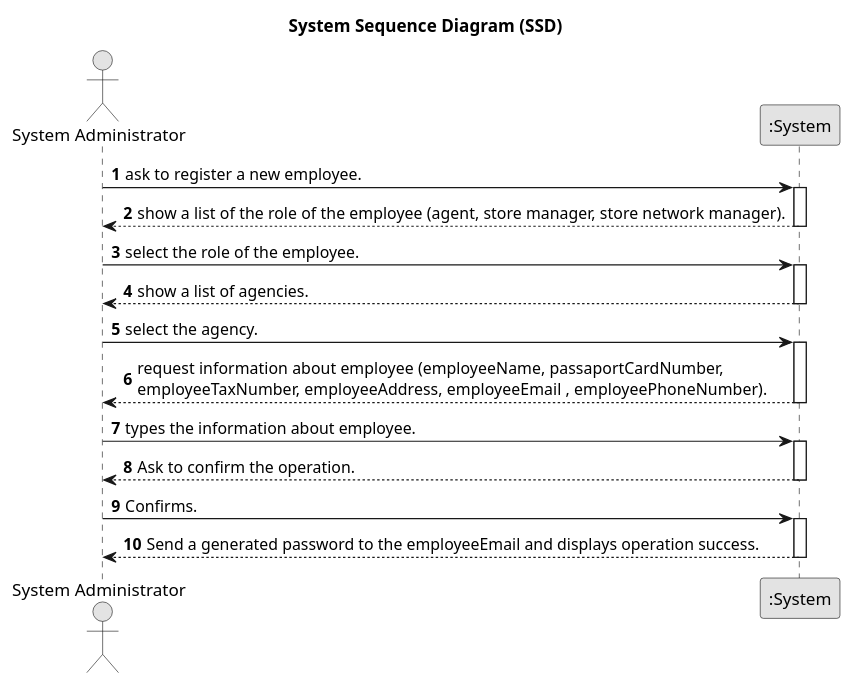
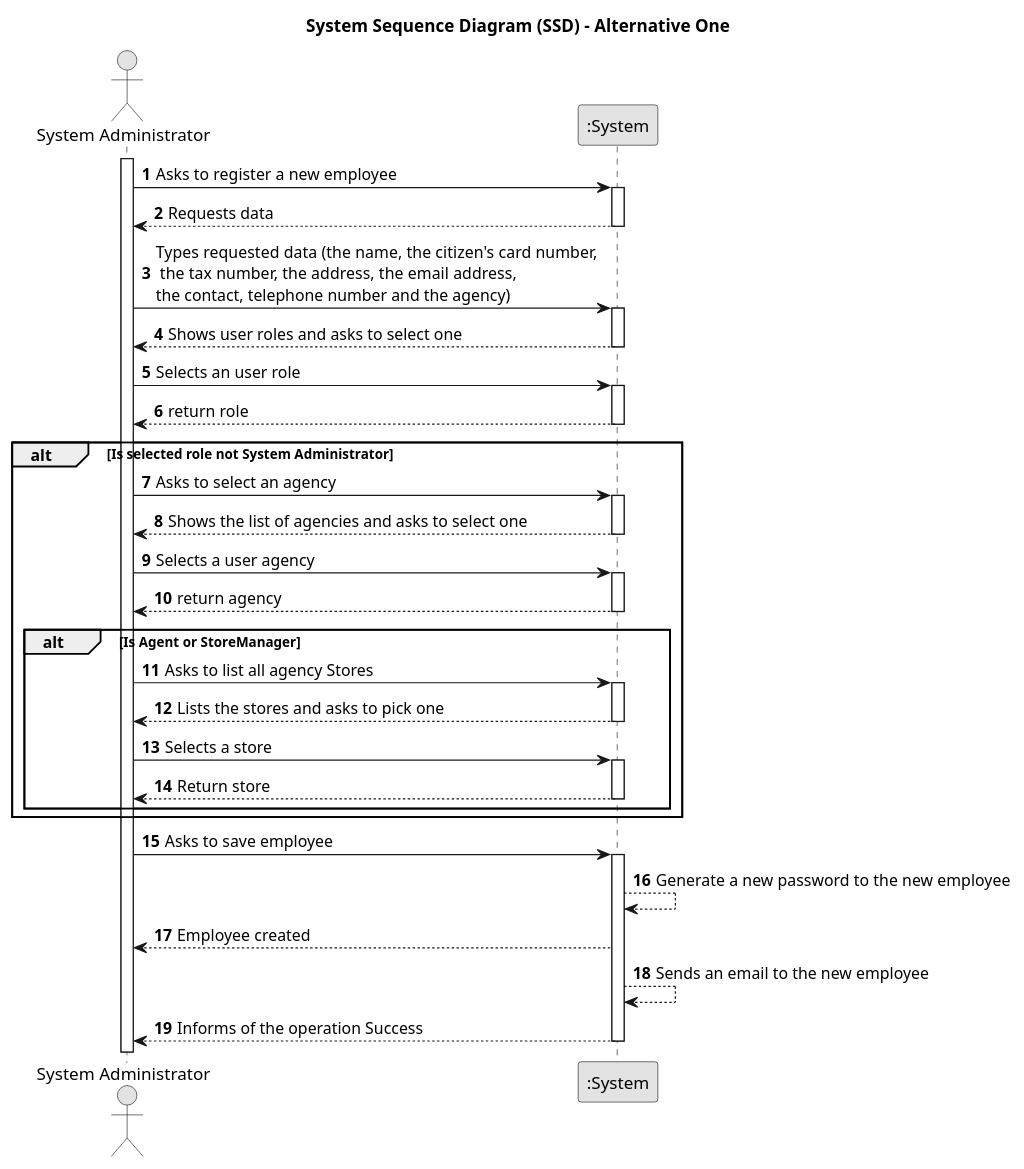
Before and after one commit to 1220812/LAPR2: the diagram in docs/sprintB/us003/01.requirements-engineering/puml/us003-system-sequence-diagram.puml, drawn with PlantUML. The commit also changed 1 other file, not shown here.

Commit message:
US003 system sequence diagram updated

```diff
--- a/docs/sprintB/us003/01.requirements-engineering/puml/us003-system-sequence-diagram.puml
+++ b/docs/sprintB/us003/01.requirements-engineering/puml/us003-system-sequence-diagram.puml
@@ -1,44 +1,66 @@
 @startuml
 skinparam monochrome true
 skinparam packageStyle rectangle
 skinparam shadowing false
 
-title System Sequence Diagram (SSD)
+title System Sequence Diagram (SSD) - Alternative One
 
 autonumber
 
 actor "System Administrator" as Employee
 participant ":System" as System
 
-    Employee -> System : ask to register a new employee.
-    activate System
+activate Employee
 
-        System --> Employee : show a list of the role of the employee (agent, store manager, store network manager).
+Employee -> System : Asks to register a new employee
+activate System
 
-    deactivate System
+System --> Employee : Requests data
+deactivate System
+Employee -> System : Types requested data (the name, the citizen's card number,\n the tax number, the address, the email address, \nthe contact, telephone number and the agency)
+activate System
 
-    Employee -> System : select the role of the employee.
-    activate System
+System --> Employee : Shows user roles and asks to select one
+deactivate System
+Employee -> System : Selects an user role
+activate System
 
-    System --> Employee : show a list of agencies.
-       deactivate System
+System --> Employee : return role
+deactivate System
 
-        Employee -> System : select the agency.
-        activate System
+alt Is selected role not System Administrator
+Employee -> System : Asks to select an agency
+activate System
 
-        System --> Employee : request information about employee (employeeName, passaportCardNumber, \nemployeeTaxNumber, employeeAddress, employeeEmail , employeePhoneNumber).
-    deactivate System
+System --> Employee : Shows the list of agencies and asks to select one
+deactivate System
+Employee -> System: Selects a user agency
+activate System
 
-    Employee -> System : types the information about employee.
-    activate System
+System --> Employee : return agency
+deactivate System
+alt Is Agent or StoreManager
+Employee -> System : Asks to list all agency Stores
+activate System
 
-    System --> Employee : Ask to confirm the operation.
-           deactivate System
+System --> Employee :  Lists the stores and asks to pick one
+deactivate System
+Employee -> System : Selects a store
+activate System
 
-            Employee -> System : Confirms.
-            activate System
+System --> Employee : Return store
+deactivate System
+end
 
-    System --> Employee : Send a generated password to the employeeEmail and displays operation success.
-            deactivate System
+end
+Employee -> System : Asks to save employee
+activate System
+
+System --> "System" : Generate a new password to the new employee
+System --> Employee : Employee created
+
+System --> "System" : Sends an email to the new employee
+System --> Employee: Informs of the operation Success
+deactivate System
 
 @enduml
```
